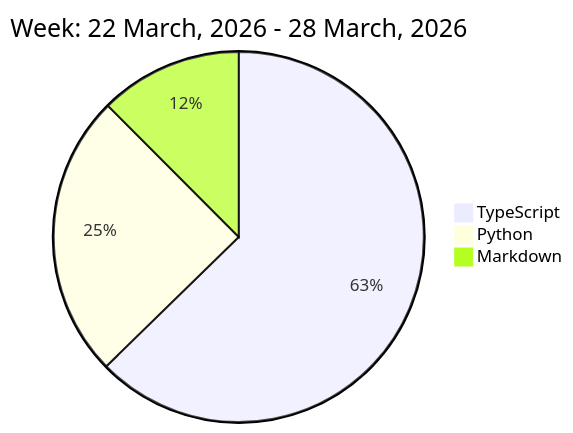
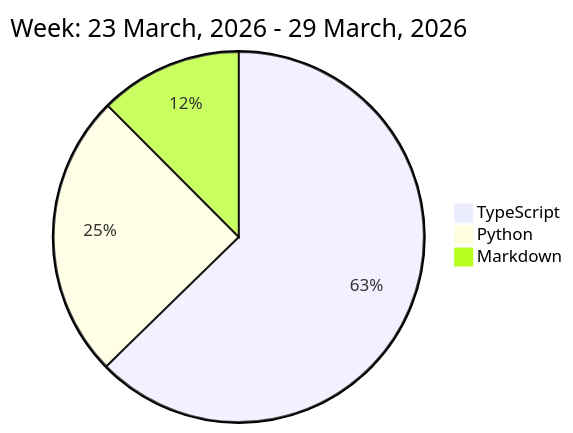
Before and after one commit to liubin95/liubin95: the diagram in README.md, drawn with Mermaid.

Commit message:
Updated the Graph with new Metrics

````diff
--- a/README.md
+++ b/README.md
@@ -32,7 +32,7 @@
 ```mermaid
  pie
-title Week: 22 March, 2026 - 28 March, 2026
+title Week: 23 March, 2026 - 29 March, 2026
  "TypeScript" : 10.55
  "Python" : 4.18
  "Markdown" : 2.1
 ```
````
